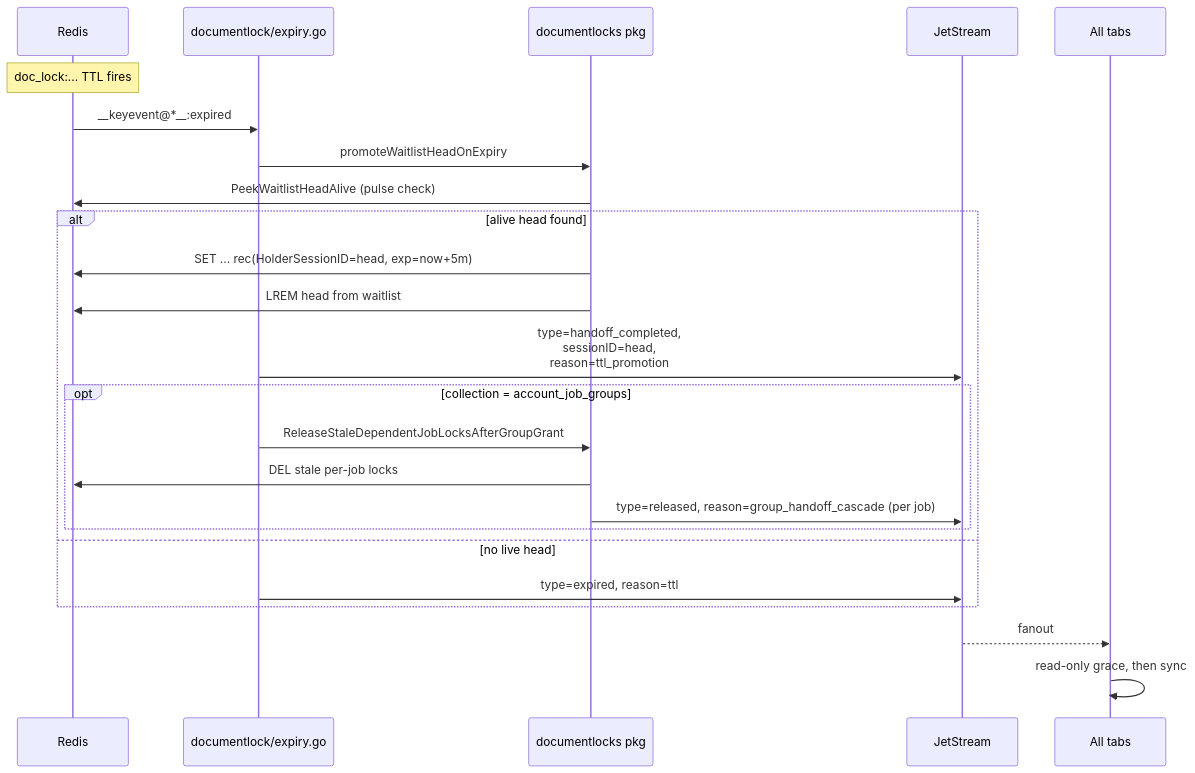
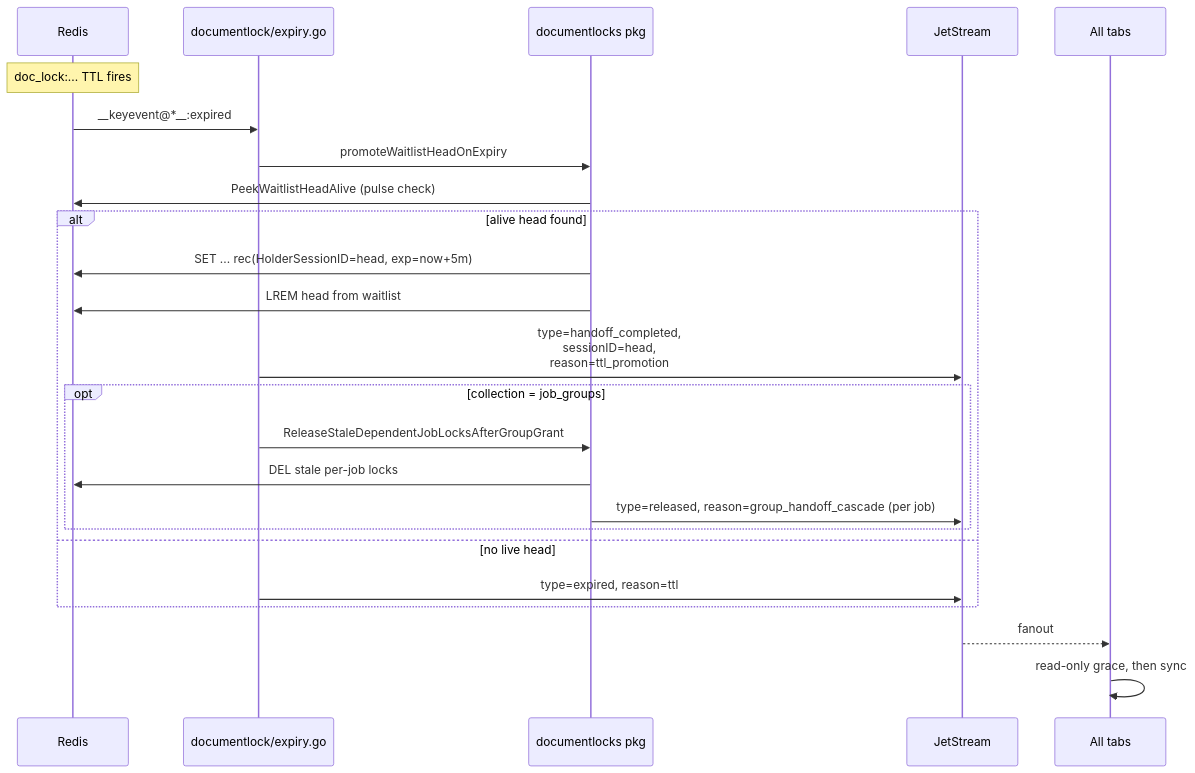
One commit to darcy561/eve-industry-planner changed the fourth of 5 diagrams in technical-documentation/backend/api/document-lock/overview.md. Above: the diagram before and after it, drawn with Mermaid. The commit also changed other lines of this file and 13 other files, not shown here.

````diff
--- a/technical-documentation/backend/api/document-lock/overview.md
+++ b/technical-documentation/backend/api/document-lock/overview.md
@@ -259,27 +259,27 @@
 ```mermaid
 sequenceDiagram
   participant R as Redis
   participant E as documentlock/expiry.go
   participant API as documentlocks pkg
   participant JS as JetStream
   participant All as All tabs
 
   Note over R: doc_lock:... TTL fires
   R->>E: __keyevent@*__:expired
   E->>API: promoteWaitlistHeadOnExpiry
   API->>R: PeekWaitlistHeadAlive (pulse check)
   alt alive head found
     API->>R: SET ... rec(HolderSessionID=head, exp=now+5m)
     API->>R: LREM head from waitlist
     E->>JS: type=handoff_completed,<br/>sessionID=head,<br/>reason=ttl_promotion
-    opt collection = account_job_groups
+    opt collection = job_groups
       E->>API: ReleaseStaleDependentJobLocksAfterGroupGrant
       API->>R: DEL stale per-job locks
       API->>JS: type=released, reason=group_handoff_cascade (per job)
     end
   else no live head
     E->>JS: type=expired, reason=ttl
   end
   JS-->>All: fanout
   All->>All: read-only grace, then sync
 ```
````
